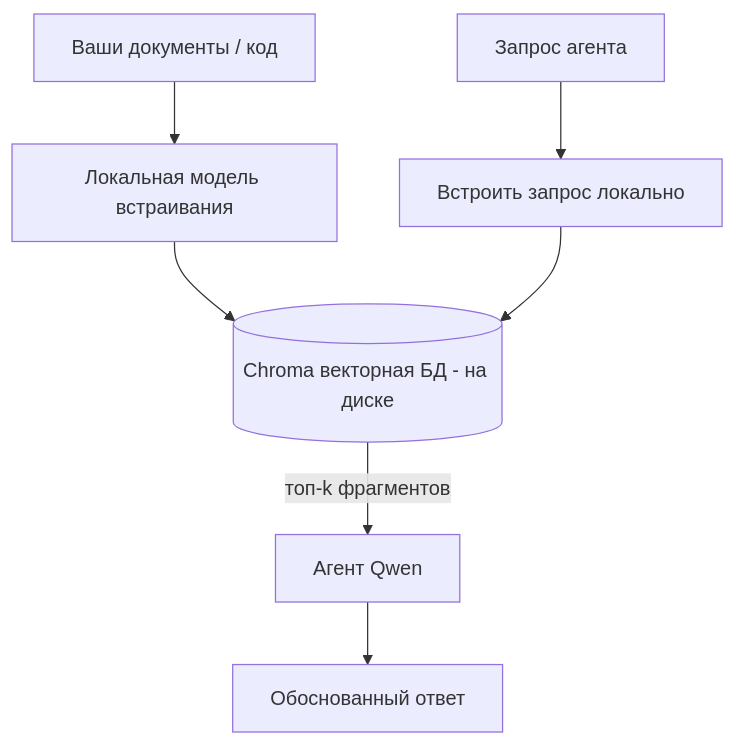
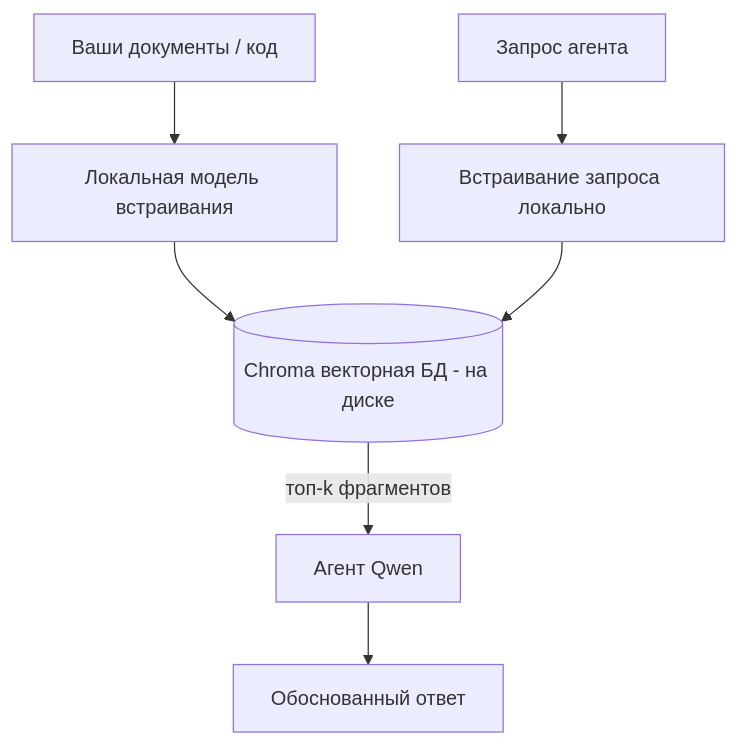
Before and after one commit to microsoft/ai-agents-for-beginners: the third of 4 diagrams in translations/ru/17-creating-local-ai-agents/README.md, drawn with Mermaid. The commit also changed other lines of this file and 47 other files, not shown here.

````diff
--- a/translations/ru/17-creating-local-ai-agents/README.md
+++ b/translations/ru/17-creating-local-ai-agents/README.md
@@ -125,9 +125,9 @@
 ```mermaid
 flowchart TB
     D[Ваши документы / код] --> E[Локальная модель встраивания]
     E --> V[(Chroma векторная БД - на диске)]
-    Q[Запрос агента] --> QE[Встроить запрос локально]
+    Q[Запрос агента] --> QE[Встраивание запроса локально]
     QE --> V
     V -->|топ-k фрагментов| A[Агент Qwen]
     A --> Ans[Обоснованный ответ]
 ```
````
